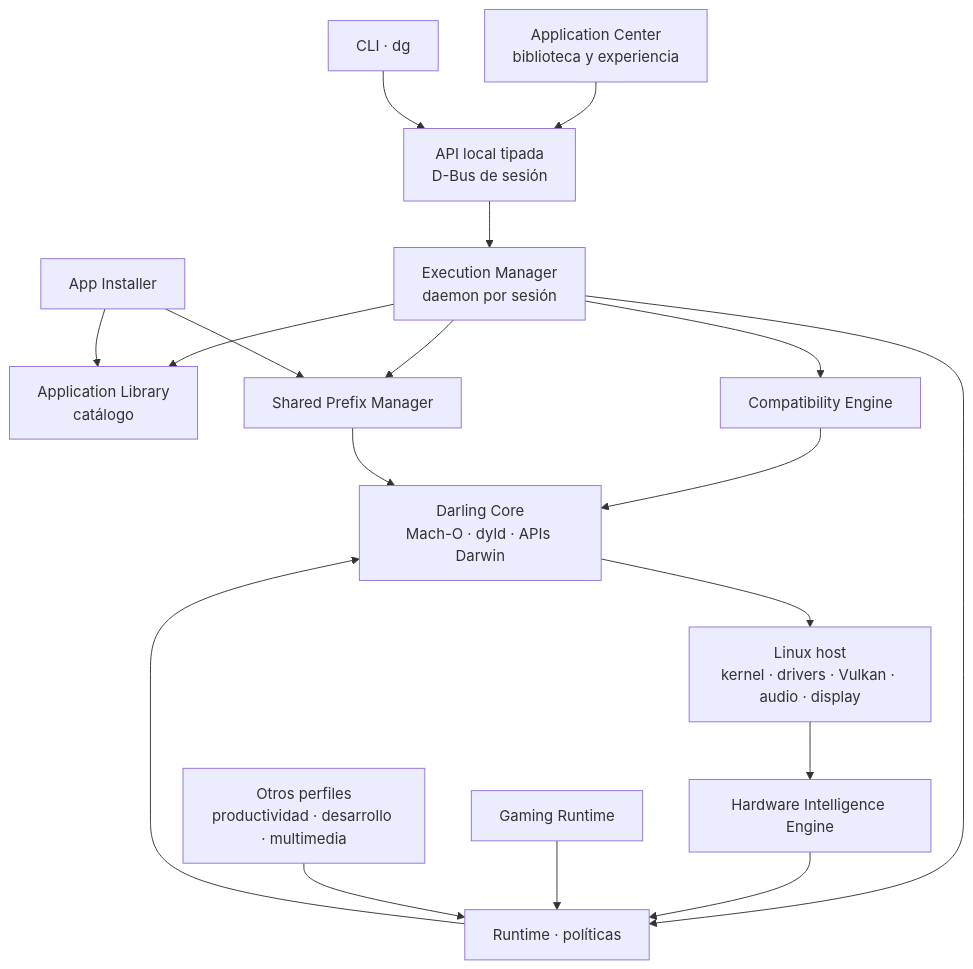
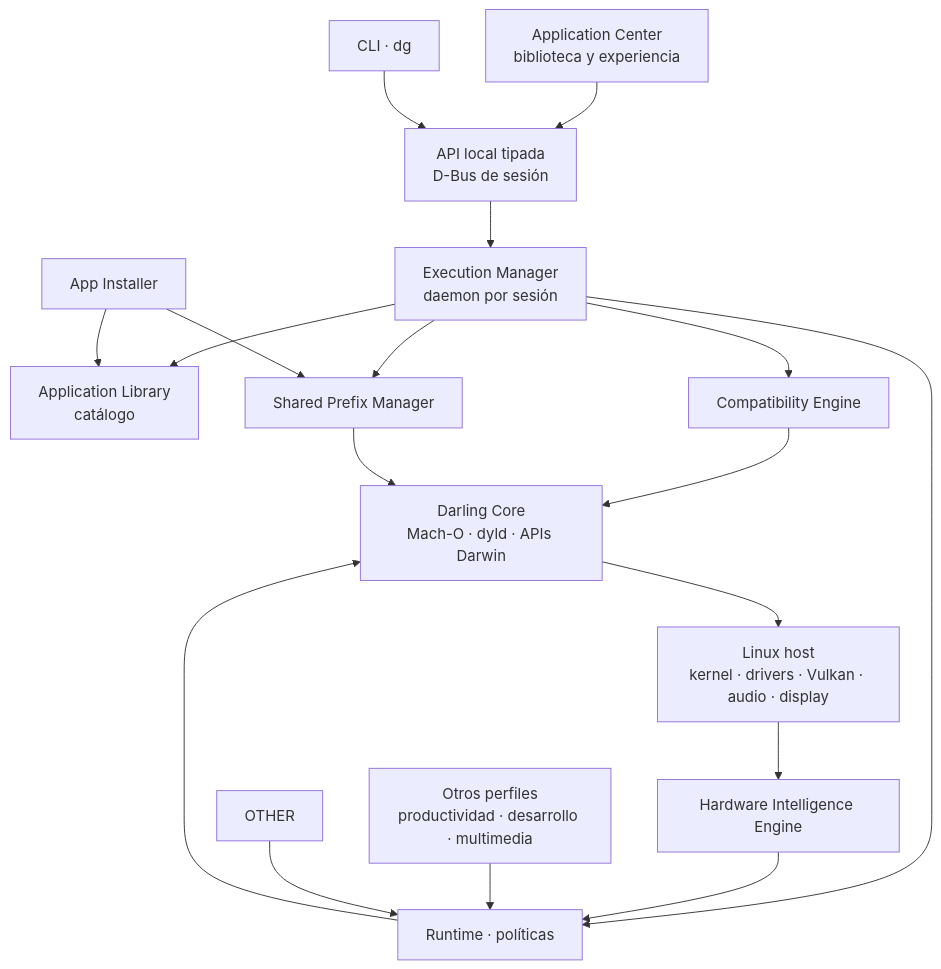
The diagram in docs/architecture/overview.md (leav-dev/darling_plataform), drawn with Mermaid before and after one commit. The commit also changed 4 other files, not shown here.

````diff
--- a/docs/architecture/overview.md
+++ b/docs/architecture/overview.md
@@ -27,35 +27,34 @@
 ```mermaid
 flowchart TB
     UI["Application Center<br/>biblioteca y experiencia"]
     CLI["CLI · dg"]
     IPC["API local tipada<br/>D-Bus de sesión"]
     DEM["Execution Manager<br/>daemon por sesión"]
     INSTALL["App Installer"]
     LIB["Application Library<br/>catálogo"]
     COMP["Compatibility Engine"]
     SPM["Shared Prefix Manager"]
     DHI["Hardware Intelligence Engine"]
     RUNTIME["Runtime · políticas"]
-    GAME["Gaming Runtime"]
-    OTHER["Otros perfiles<br/>productividad · desarrollo · multimedia"]
+    PROFILE["Otros perfiles<br/>productividad · desarrollo · multimedia"]
     DARLING["Darling Core<br/>Mach-O · dyld · APIs Darwin"]
     HOST["Linux host<br/>kernel · drivers · Vulkan · audio · display"]
 
     UI --> IPC
     CLI --> IPC
     IPC --> DEM
     DEM --> LIB
     DEM --> SPM
     DEM --> COMP
     DEM --> RUNTIME
     INSTALL --> LIB
     INSTALL --> SPM
     COMP --> DARLING
     HOST --> DHI
     DHI --> RUNTIME
     RUNTIME --> DARLING
-    GAME --> RUNTIME
+    PROFILE --> RUNTIME
     OTHER --> RUNTIME
     SPM --> DARLING
     DARLING --> HOST
 ```
````
